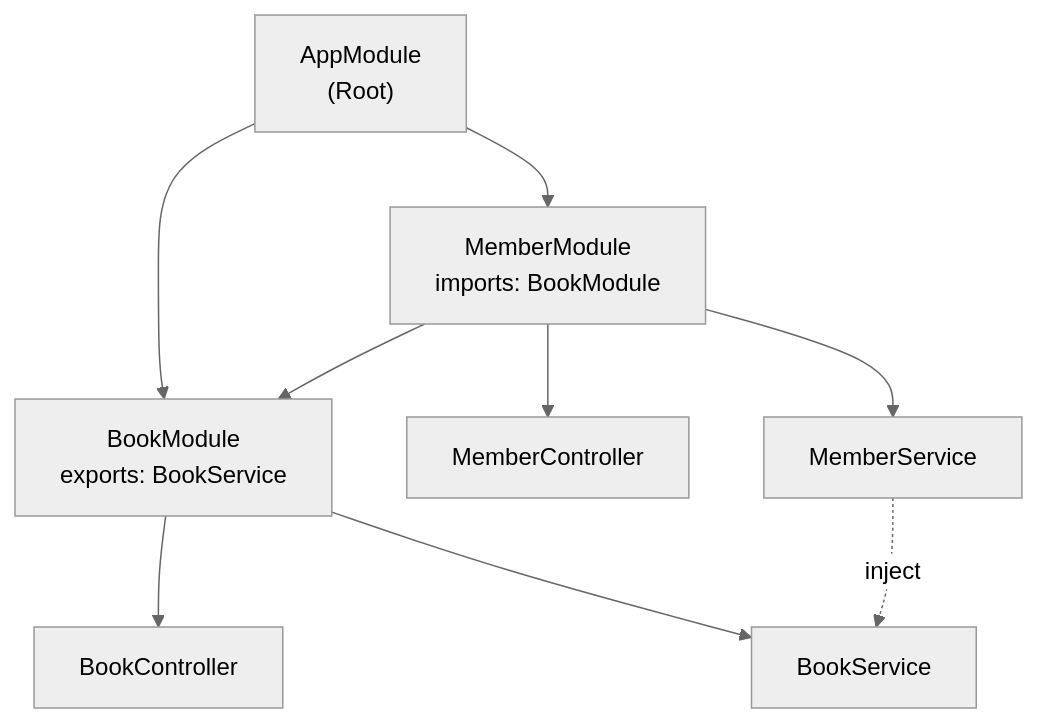
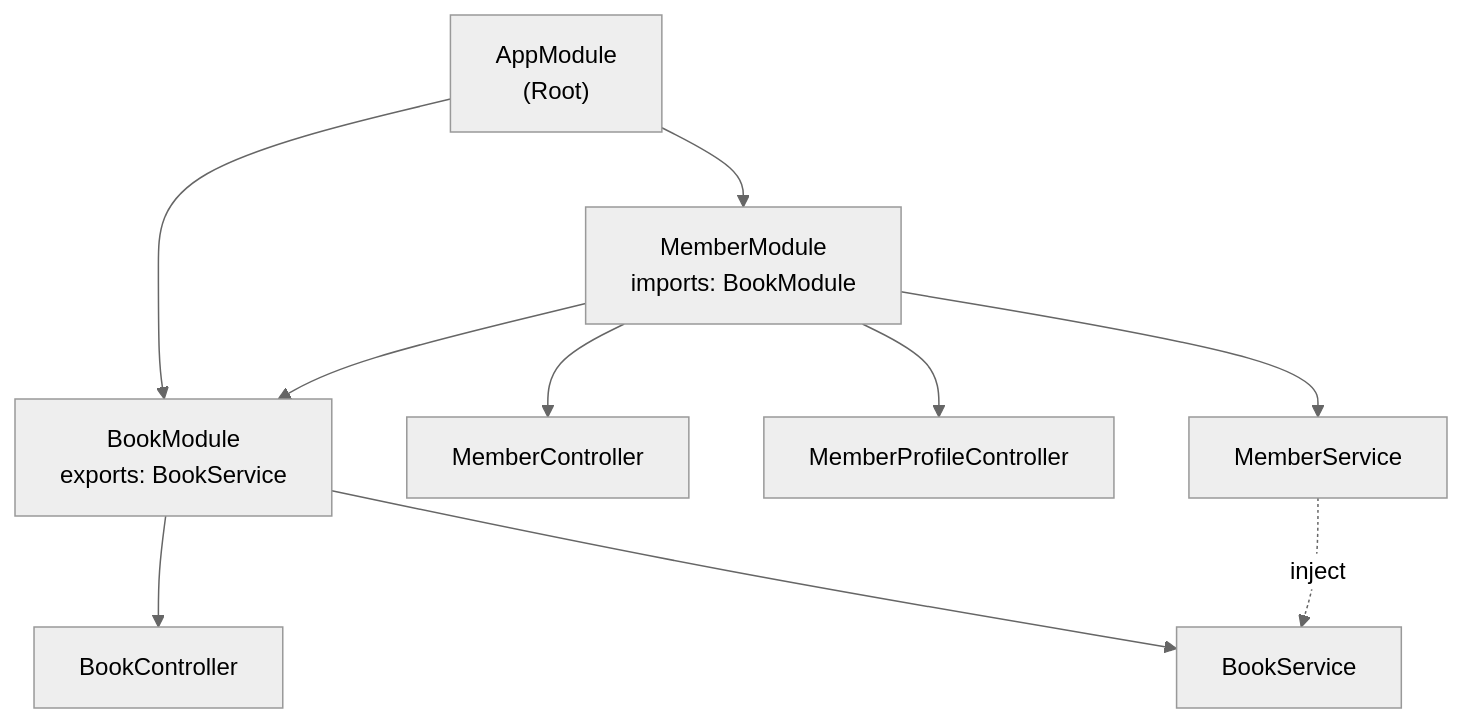
The third of 5 diagrams in docs/uml-diagram.md (Whitemehat/oop-typescript-final-project-2026-Tomatooo), drawn with Mermaid (neutral theme) before and after one commit. The commit also changed other lines of this file and 18 other files, not shown here.

````diff
--- a/docs/uml-diagram.md
+++ b/docs/uml-diagram.md
@@ -161,17 +171,18 @@
 ```mermaid
 graph TD
     AppModule["AppModule\n(Root)"]
     BookModule["BookModule\nexports: BookService"]
     MemberModule["MemberModule\nimports: BookModule"]
 
     AppModule --> BookModule
     AppModule --> MemberModule
     MemberModule --> BookModule
 
     BookModule --> BookController["BookController"]
     BookModule --> BookService["BookService"]
     MemberModule --> MemberController["MemberController"]
+    MemberModule --> MemberProfileController["MemberProfileController"]
     MemberModule --> MemberService["MemberService"]
 
     MemberService -. "inject" .-> BookService
 ```
````
